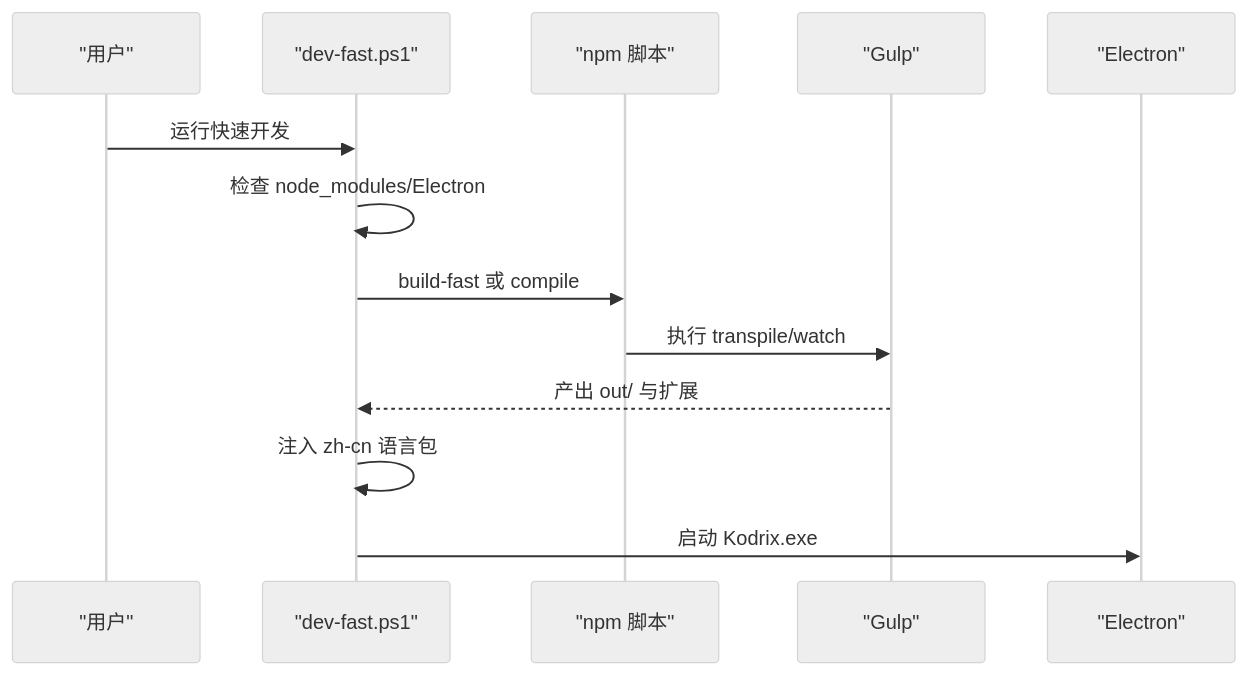
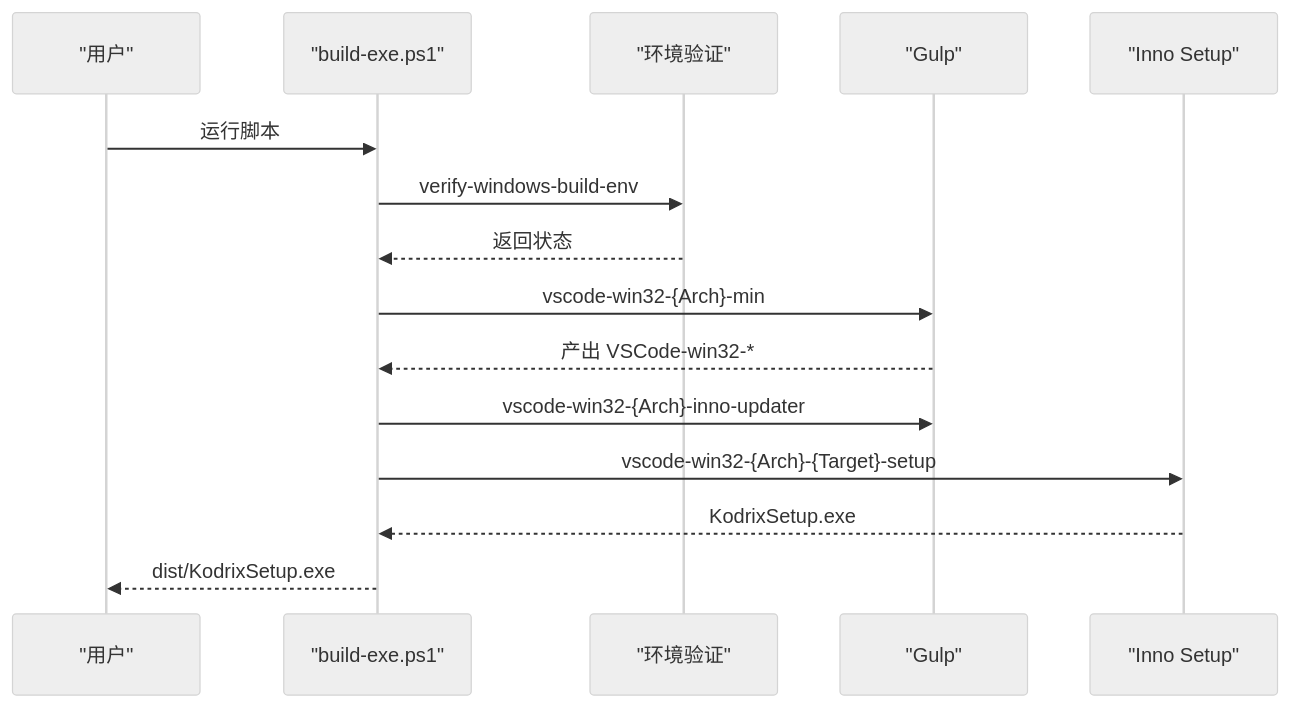
Before and after one commit to sofate798/KodrixCode: the fourth of 7 diagrams in .qoder/repowiki/zh/content/构建与部署/构建与部署.md, drawn with Mermaid (neutral theme). The commit also changed other lines of this file and 178 other files, not shown here.

````diff
--- a/.qoder/repowiki/zh/content/构建与部署/构建与部署.md
+++ b/.qoder/repowiki/zh/content/构建与部署/构建与部署.md
@@ -255,15 +155,17 @@
 ```mermaid
 sequenceDiagram
 participant U as "用户"
-participant DF as "dev-fast.ps1"
-participant NPM as "npm 脚本"
+participant PS as "build-exe.ps1"
+participant Env as "环境验证"
 participant G as "Gulp"
-participant E as "Electron"
-U->>DF : 运行快速开发
-DF->>DF : 检查 node_modules/Electron
-DF->>NPM : build-fast 或 compile
-NPM->>G : 执行 transpile/watch
-G-->>DF : 产出 out/ 与扩展
-DF->>DF : 注入 zh-cn 语言包
-DF->>E : 启动 Kodrix.exe
+participant IS as "Inno Setup"
+U->>PS : 运行脚本
+PS->>Env : verify-windows-build-env
+Env-->>PS : 返回状态
+PS->>G : vscode-win32-{Arch}-min
+G-->>PS : 产出 VSCode-win32-*
+PS->>G : vscode-win32-{Arch}-inno-updater
+PS->>IS : vscode-win32-{Arch}-{Target}-setup
+IS-->>PS : KodrixSetup.exe
+PS-->>U : dist/KodrixSetup.exe
 ```
````
